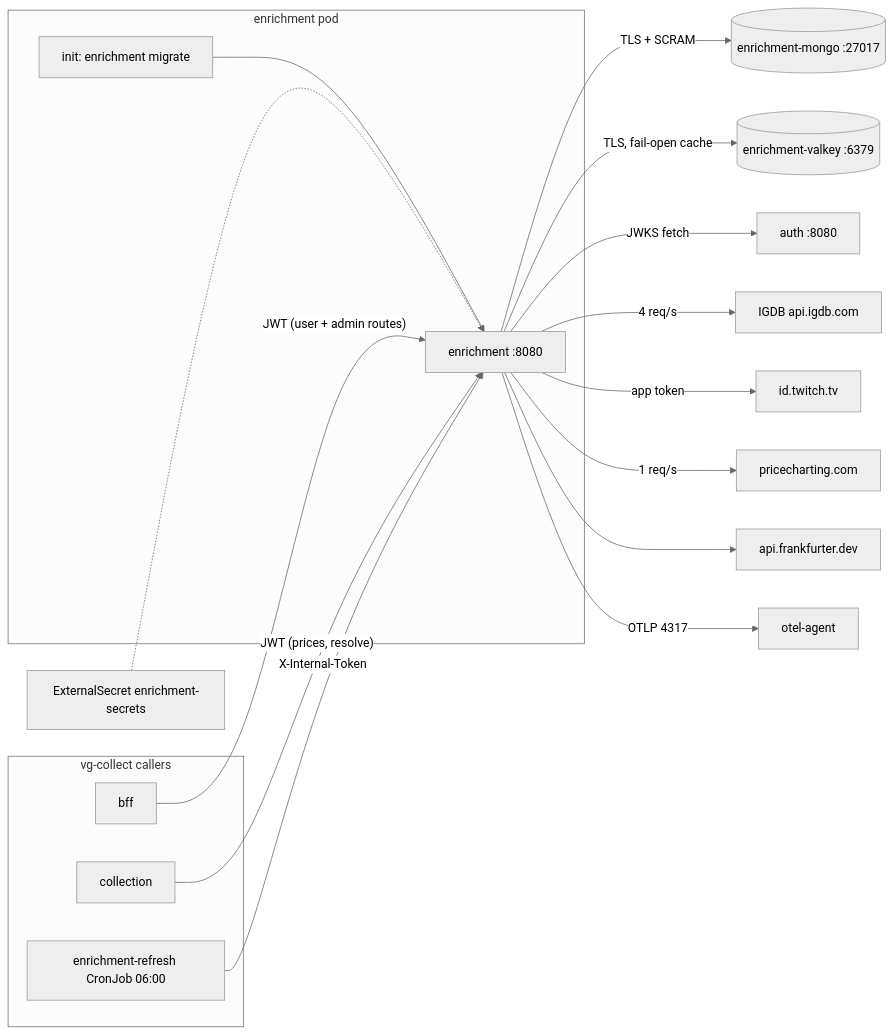
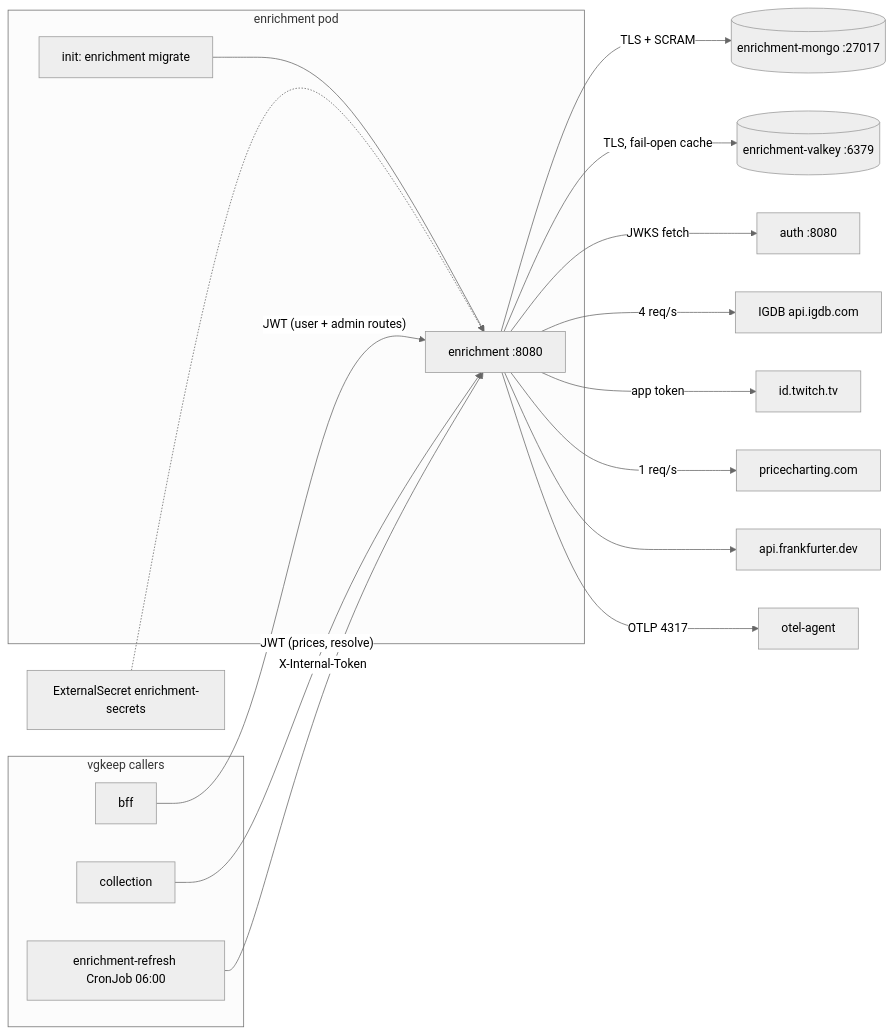
Before and after one commit to levonn-dev/vg-collect: the first of 2 diagrams in docs/runbooks/enrichment.md, drawn with Mermaid (neutral theme). The commit also changed other lines of this file and 212 other files, not shown here.

Commit message:
chore: rename project vg-collect -> vgkeep

````diff
--- a/docs/runbooks/enrichment.md
+++ b/docs/runbooks/enrichment.md
@@ -46,23 +46,23 @@
 ```mermaid
 graph LR
-    subgraph vg-collect callers
+    subgraph vgkeep callers
         bff[bff]
         coll[collection]
         cron["enrichment-refresh CronJob 06:00"]
     end
     subgraph enrichment pod
         mig["init: enrichment migrate"] --> svc["enrichment :8080"]
     end
     bff -- "JWT (user + admin routes)" --> svc
     coll -- "JWT (prices, resolve)" --> svc
     cron -- "X-Internal-Token" --> svc
     svc -- "TLS + SCRAM" --> mongo[("enrichment-mongo :27017")]
     svc -- "TLS, fail-open cache" --> valkey[("enrichment-valkey :6379")]
     svc -- "JWKS fetch" --> auth["auth :8080"]
     svc -- "4 req/s" --> igdb["IGDB api.igdb.com"]
     svc -- "app token" --> twitch["id.twitch.tv"]
     svc -- "1 req/s" --> pc["pricecharting.com"]
     svc --> fx["api.frankfurter.dev"]
     es[ExternalSecret enrichment-secrets] -.-> svc
     svc -- "OTLP 4317" --> otel[otel-agent]
 ```
````
